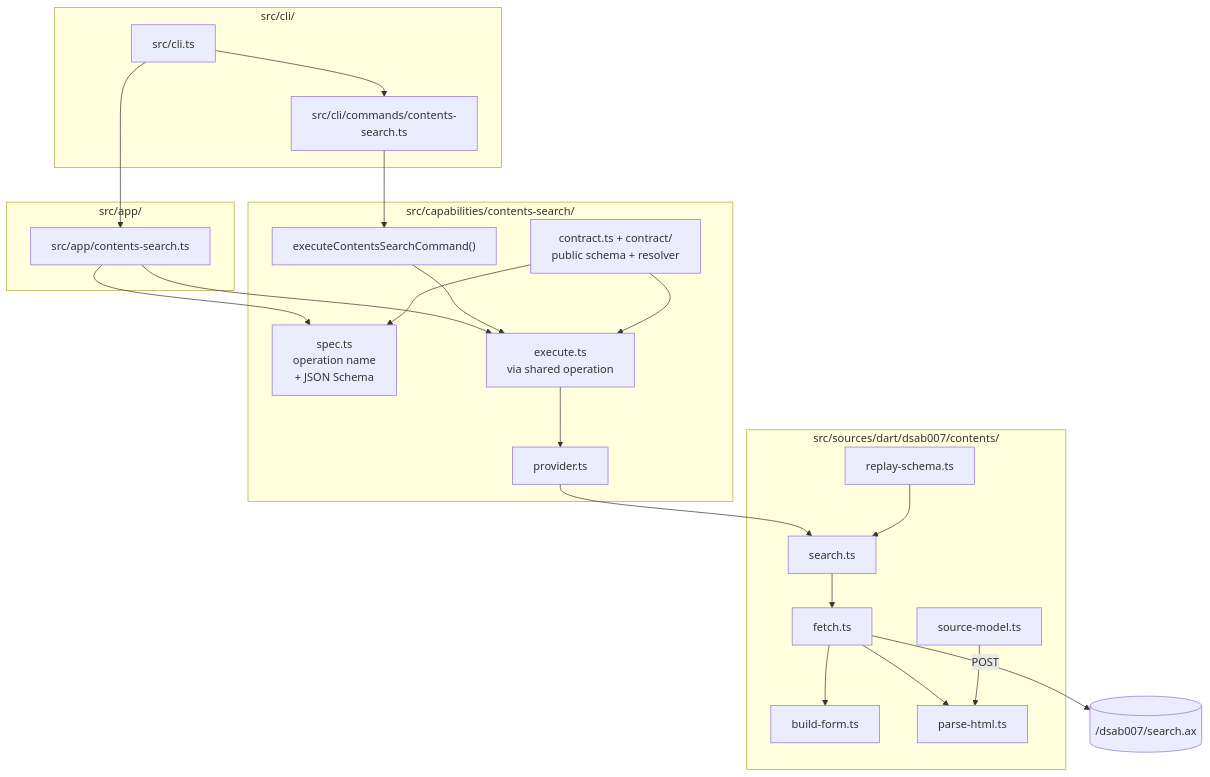
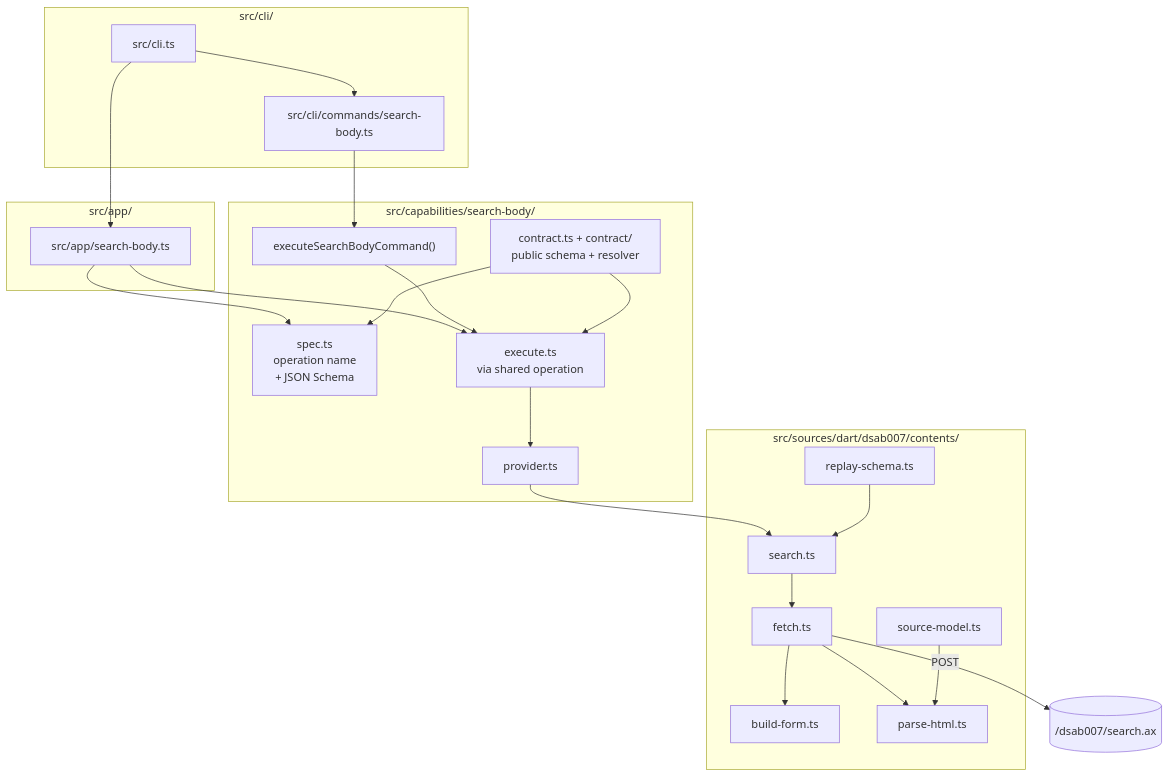
The second of 6 diagrams in src/ARCHITECTURE.md (cpaikr/darty), drawn with Mermaid before and after one commit. The commit also changed other lines of this file and 101 other files, not shown here.

````diff
--- a/src/ARCHITECTURE.md
+++ b/src/ARCHITECTURE.md
@@ -71,45 +71,45 @@
 ```mermaid
 graph TD
-    CLI_TS["src/cli.ts"] --> CMD["src/cli/commands/contents-search.ts"]
-    CMD --> RUN["executeContentsSearchCommand()"]
-    CLI_TS --> APP["src/app/contents-search.ts"]
+    CLI_TS["src/cli.ts"] --> CMD["src/cli/commands/search-body.ts"]
+    CMD --> RUN["executeSearchBodyCommand()"]
+    CLI_TS --> APP["src/app/search-body.ts"]
     APP --> SPEC["spec.ts\noperation name\n+ JSON Schema"]
     APP --> EXEC["execute.ts\nvia shared operation"]
     RUN --> EXEC
     EXEC --> PROV["provider.ts"]
     PROV --> SEARCH["search.ts"]
     SEARCH --> FETCH["fetch.ts"]
     FETCH --> FORM["build-form.ts"]
     FETCH --> PARSE["parse-html.ts"]
 
     CONTRACT["contract.ts + contract/\npublic schema + resolver"] --> EXEC
     CONTRACT --> SPEC
 
     REPLAY["replay-schema.ts"] --> SEARCH
     MODEL["source-model.ts"] --> PARSE
 
     FETCH -->|POST| DART[("/dsab007/search.ax")]
 
     subgraph cli ["src/cli/"]
         CLI_TS
         CMD
     end
     subgraph app ["src/app/"]
         APP
     end
-    subgraph cap ["src/capabilities/contents-search/"]
+    subgraph cap ["src/capabilities/search-body/"]
         CONTRACT
         SPEC
         EXEC
         PROV
         RUN
     end
     subgraph source ["src/sources/dart/dsab007/contents/"]
         SEARCH
         FETCH
         FORM
         PARSE
         REPLAY
         MODEL
     end
 ```
````
